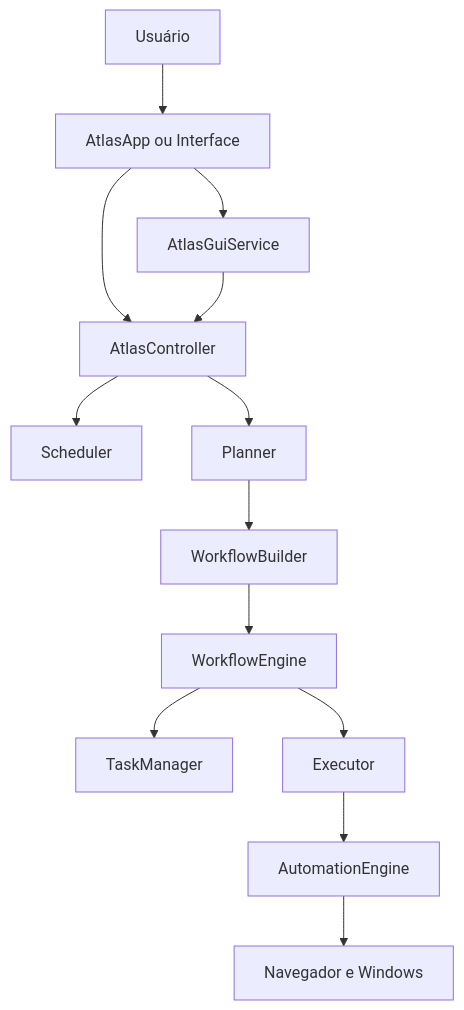
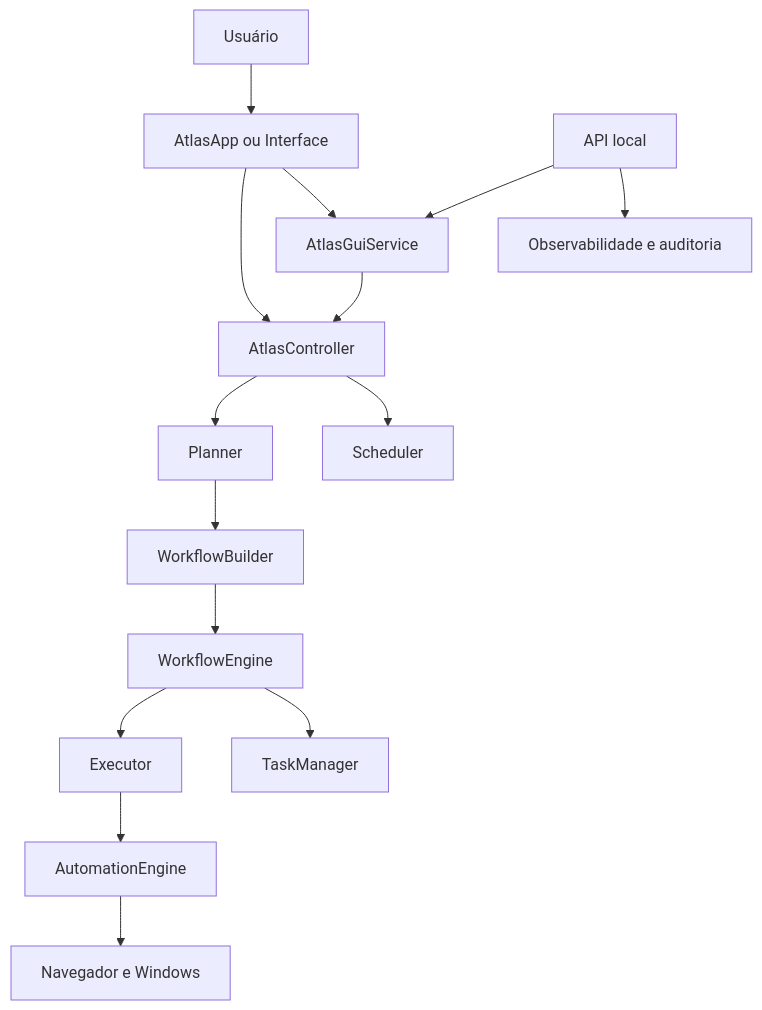
One commit to ssamirchayen/atlas-assistente-inteligente changed the diagram in docs/ARCHITECTURE.md. Above: the diagram before and after it, drawn with Mermaid. The commit also changed other lines of this file and 32 other files, not shown here.

Commit message:
feat: concluir API local com workflows e auditoria

````diff
--- a/docs/ARCHITECTURE.md
+++ b/docs/ARCHITECTURE.md
@@ -9,15 +9,17 @@
 ```mermaid
 flowchart TD
     U[Usuário] --> A[AtlasApp ou Interface]
     A --> G[AtlasGuiService]
     A --> C[AtlasController]
+    API[API local] --> O[Observabilidade e auditoria]
+    API --> G
     G --> C
     C --> S[Scheduler]
     C --> P[Planner]
     P --> B[WorkflowBuilder]
     B --> W[WorkflowEngine]
     W --> T[TaskManager]
     W --> E[Executor]
     E --> X[AutomationEngine]
     X --> N[Navegador e Windows]
 ```
````
